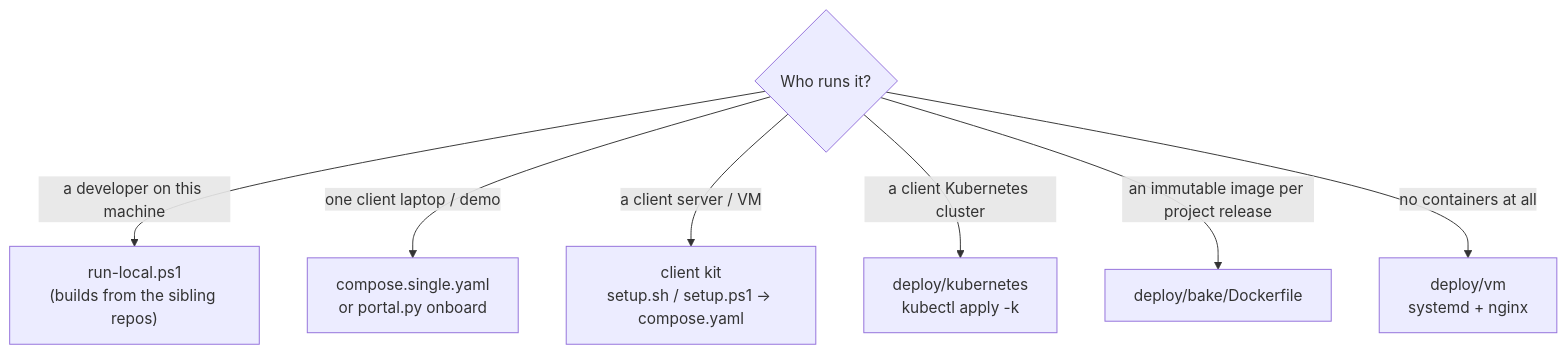
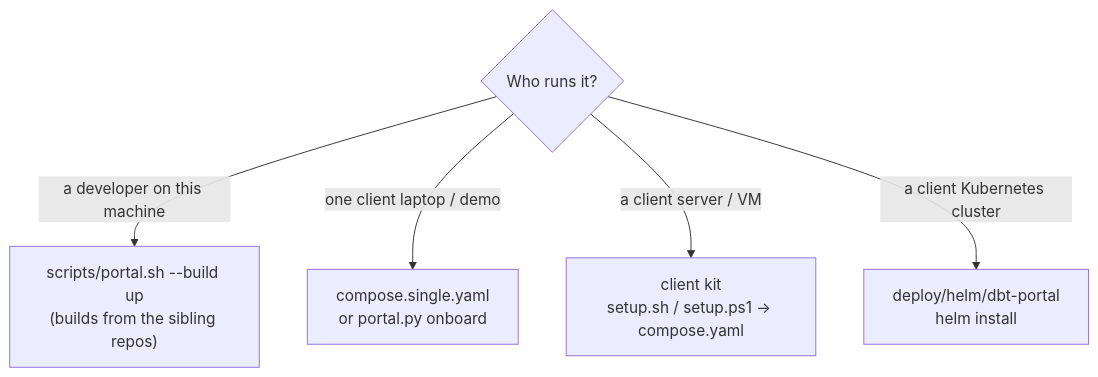
One commit to omaryehia015/capgemini-dbt-portal-deploy changed the first of 8 diagrams in docs/DEVELOPER_GUIDE.md. Above: the diagram before and after it, drawn with Mermaid. The commit also changed other lines of this file and 88 other files, not shown here.

Commit message:
Add client install modes, Helm chart, OCI chart and release automation

````diff
--- a/docs/DEVELOPER_GUIDE.md
+++ b/docs/DEVELOPER_GUIDE.md
@@ -43,10 +51,8 @@
 ```mermaid
 flowchart TB
   Q1{"Who runs it?"}
-  Q1 -- "a developer on this machine" --> DEV["run-local.ps1<br/>(builds from the sibling repos)"]
+  Q1 -- "a developer on this machine" --> DEV["scripts/portal.sh --build up<br/>(builds from the sibling repos)"]
   Q1 -- "one client laptop / demo" --> SN["compose.single.yaml<br/>or portal.py onboard"]
   Q1 -- "a client server / VM" --> KIT["client kit<br/>setup.sh / setup.ps1 → compose.yaml"]
-  Q1 -- "a client Kubernetes cluster" --> K8S["deploy/kubernetes<br/>kubectl apply -k"]
-  Q1 -- "an immutable image per project release" --> BAKE["deploy/bake/Dockerfile"]
-  Q1 -- "no containers at all" --> VM["deploy/vm<br/>systemd + nginx"]
+  Q1 -- "a client Kubernetes cluster" --> K8S["deploy/helm/dbt-portal<br/>helm install"]
 ```
````
